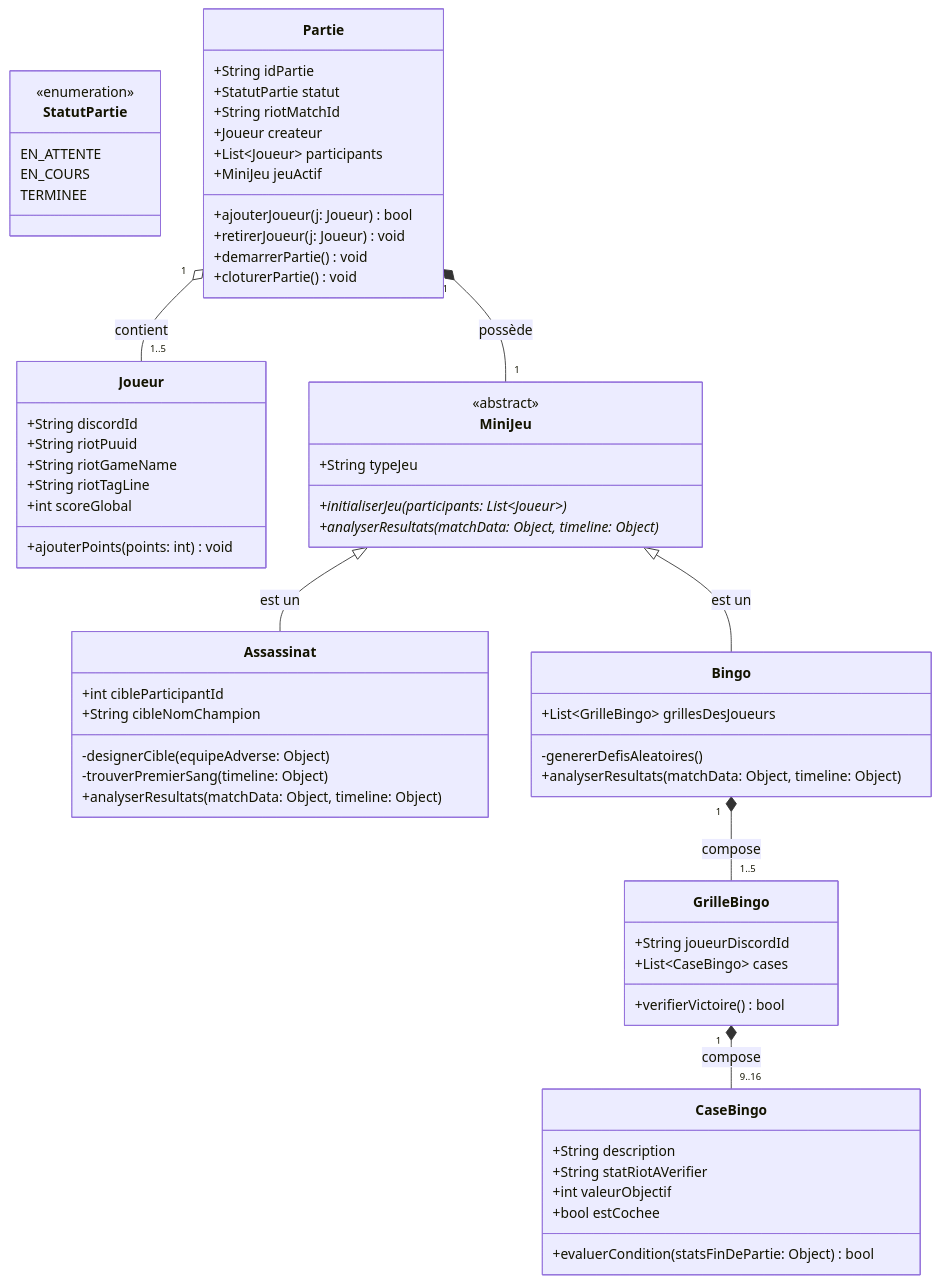
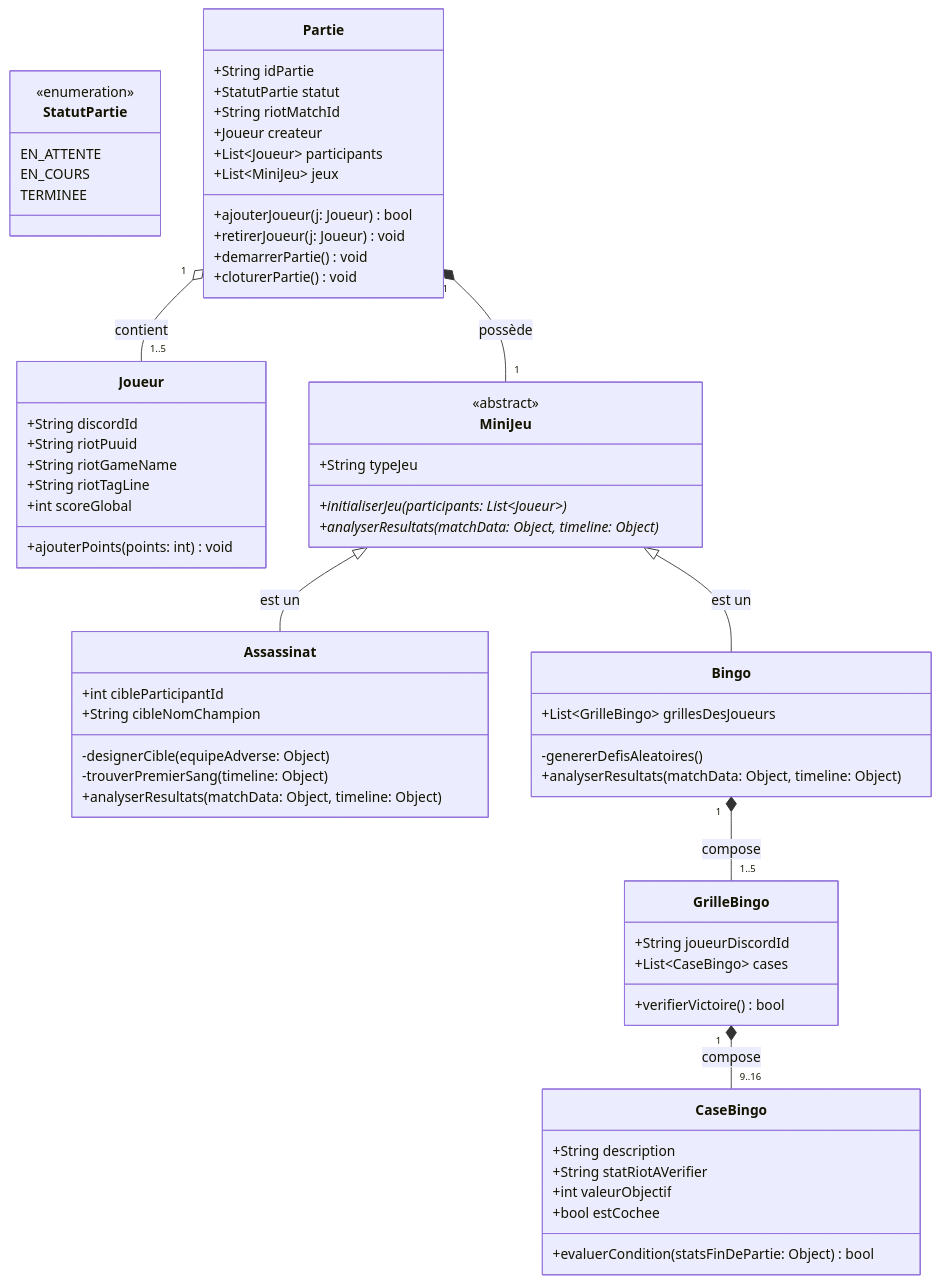
The diagram in Achitecture/UML.md (Jonas0o0/LolMiniGame), drawn with Mermaid before and after one commit.

Commit message:
refactor(doc): UML correction

````diff
--- a/Achitecture/UML.md
+++ b/Achitecture/UML.md
@@ -1,76 +1,76 @@
 ```mermaid
 classDiagram
 
     class StatutPartie {
         <<enumeration>>
         EN_ATTENTE
         EN_COURS
         TERMINEE
     }
 
     class Joueur {
         +String discordId
         +String riotPuuid
         +String riotGameName
         +String riotTagLine
         +int scoreGlobal
         +ajouterPoints(points: int) void
     }
 
     class Partie {
         +String idPartie
         +StatutPartie statut
         +String riotMatchId
         +Joueur createur
         +List~Joueur~ participants
-        +MiniJeu jeuActif
+        +List~MiniJeu~ jeux
         +ajouterJoueur(j: Joueur) bool
         +retirerJoueur(j: Joueur) void
         +demarrerPartie() void
         +cloturerPartie() void
     }
 
     class MiniJeu {
         <<abstract>>
         +String typeJeu
         +initialiserJeu(participants: List~Joueur~)*
         +analyserResultats(matchData: Object, timeline: Object)*
     }
 
     class Assassinat {
         +int cibleParticipantId
         +String cibleNomChampion
         -designerCible(equipeAdverse: Object)
         -trouverPremierSang(timeline: Object)
         +analyserResultats(matchData: Object, timeline: Object)
     }
 
     class Bingo {
         +List~GrilleBingo~ grillesDesJoueurs
         -genererDefisAleatoires()
         +analyserResultats(matchData: Object, timeline: Object)
     }
 
     class GrilleBingo {
         +String joueurDiscordId
         +List~CaseBingo~ cases
         +verifierVictoire() bool
     }
 
     class CaseBingo {
         +String description
         +String statRiotAVerifier
         +int valeurObjectif
         +bool estCochee
         +evaluerCondition(statsFinDePartie: Object) bool
     }
 
     Partie "1" o-- "1..5" Joueur : contient
     Partie "1" *-- "1" MiniJeu : possède
 
     MiniJeu <|-- Assassinat : est un
     MiniJeu <|-- Bingo : est un
 
     Bingo "1" *-- "1..5" GrilleBingo : compose
     GrilleBingo "1" *-- "9..16" CaseBingo : compose
 ```
````
